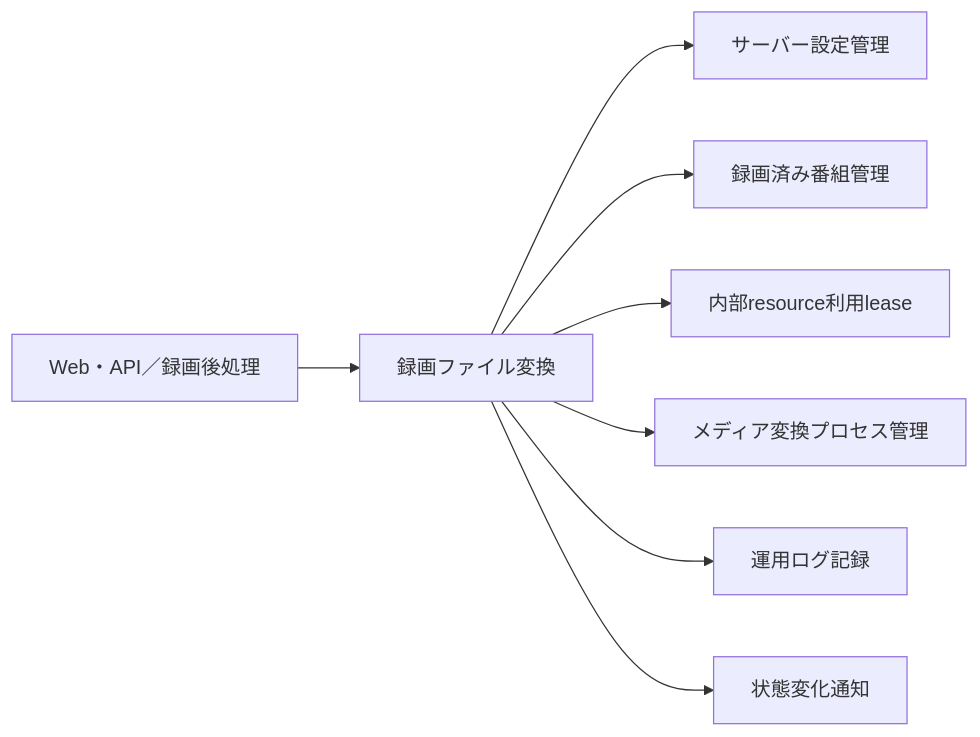
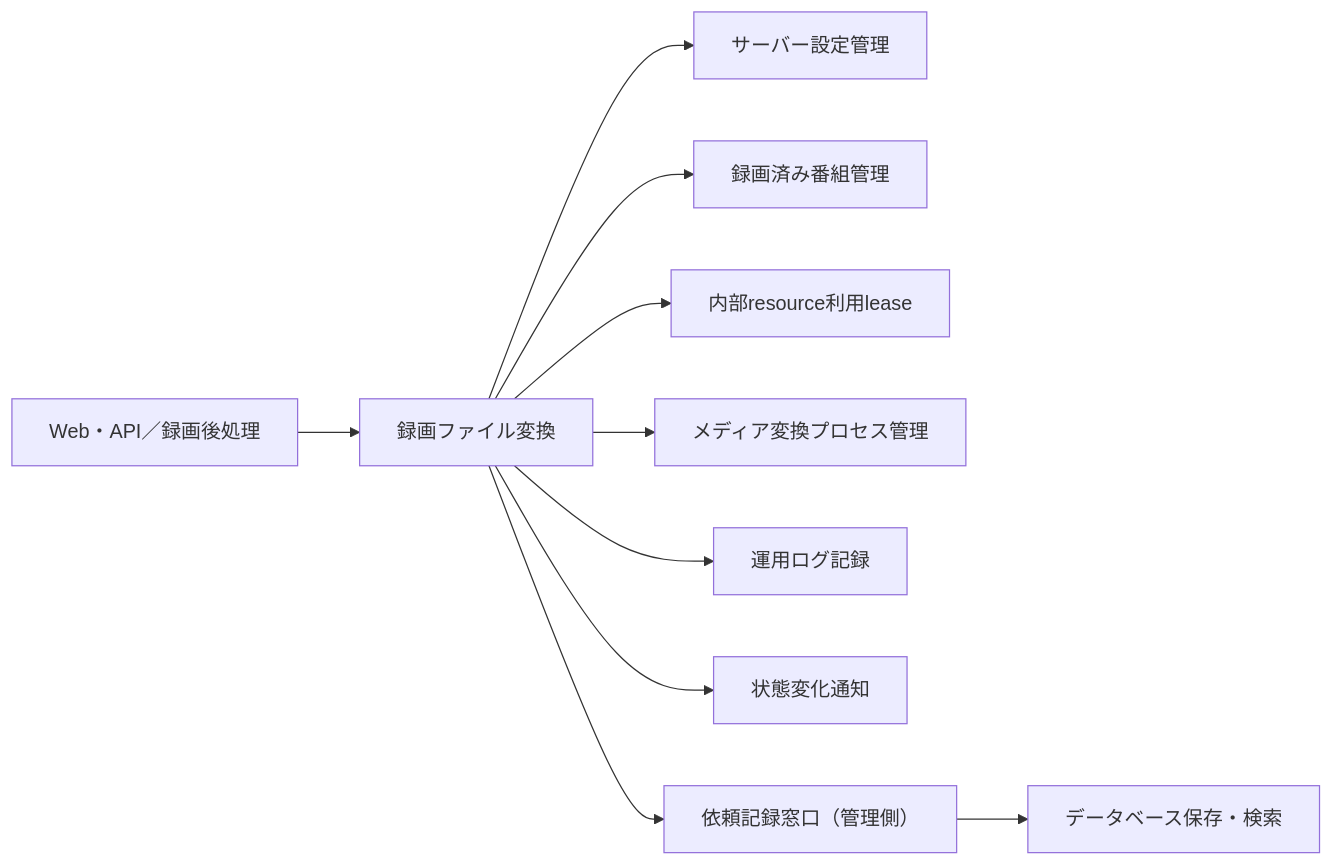
Before and after one commit to l3tnun/EPGStation: the first of 3 diagrams in .kiro/specs/server-encoding/design.md, drawn with Mermaid. The commit also changed other lines of this file and 18 other files, not shown here.

````diff
--- a/.kiro/specs/server-encoding/design.md
+++ b/.kiro/specs/server-encoding/design.md
@@ -30,10 +35,12 @@
 ```mermaid
 flowchart LR
     Caller[Web・API／録画後処理] --> Encoding[録画ファイル変換]
     Encoding --> Config[サーバー設定管理]
     Encoding --> Recorded[録画済み番組管理]
     Encoding --> PM[内部resource利用lease]
     Encoding --> Media[メディア変換プロセス管理]
     Encoding --> Log[運用ログ記録]
     Encoding --> Events[状態変化通知]
+    Encoding --> Store[依頼記録窓口（管理側）]
+    Store --> DB[データベース保存・検索]
 ```
````
